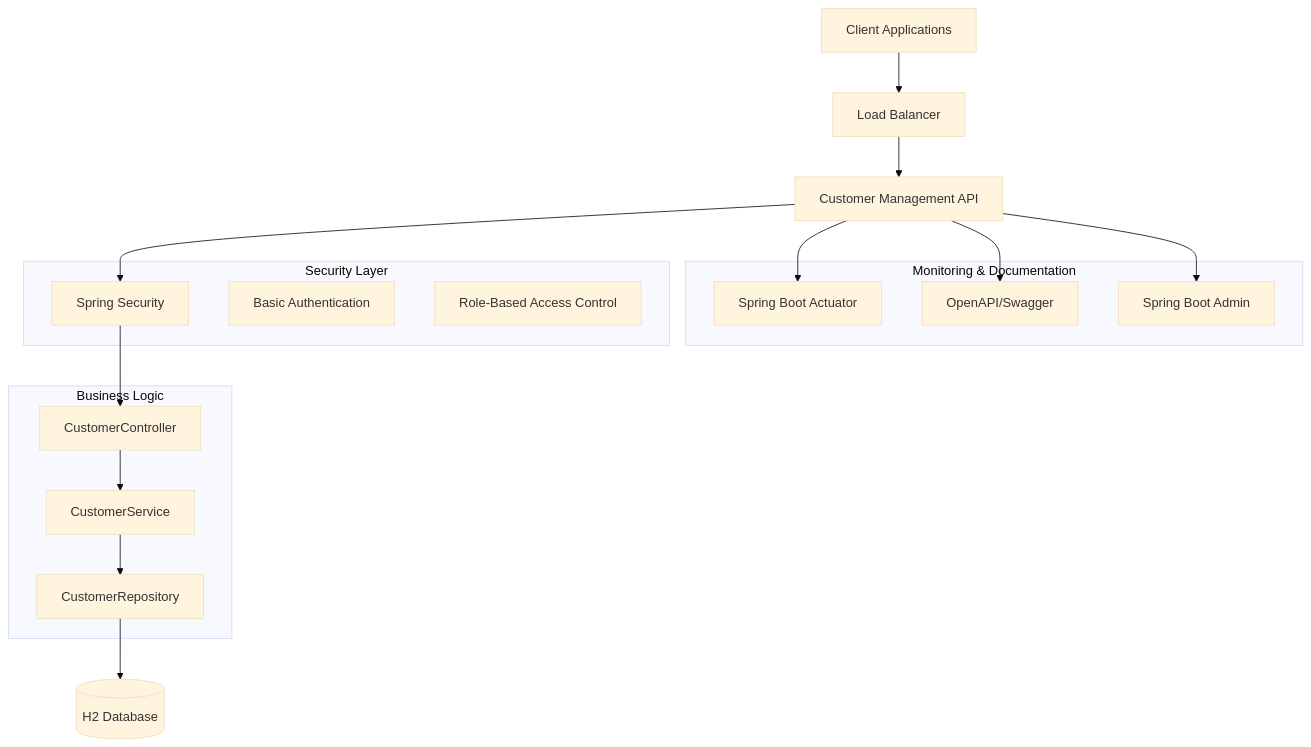
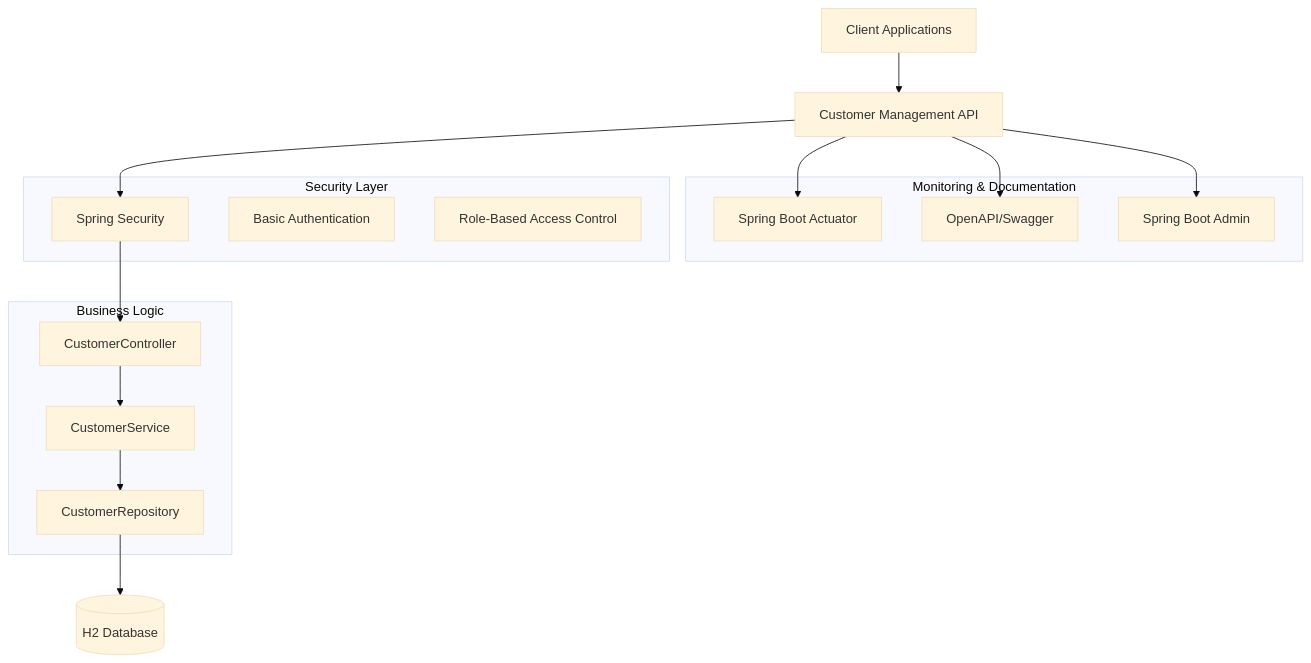
Before and after one commit to psticea/tekmetric-interview: the first of 6 diagrams in backend/documentation.md, drawn with Mermaid (base theme). The commit also changed other lines of this file, not shown here.

````diff
--- a/backend/documentation.md
+++ b/backend/documentation.md
@@ -24,32 +33,31 @@
 ```mermaid
 graph TB
-    Client[Client Applications] --> LB[Load Balancer]
-    LB --> API[Customer Management API]
+    Client[Client Applications] --> API[Customer Management API]
     API --> Security[Spring Security]
     Security --> Controller[CustomerController]
     Controller --> Service[CustomerService]
     Service --> Repository[CustomerRepository]
     Repository --> DB[(H2 Database)]
     
     API --> Actuator[Spring Boot Actuator]
     API --> Swagger[OpenAPI/Swagger]
     API --> Admin[Spring Boot Admin]
     
     subgraph "Monitoring & Documentation"
         Actuator
         Swagger
         Admin
     end
     
     subgraph "Security Layer"
         Security
         Auth[Basic Authentication]
         RBAC[Role-Based Access Control]
     end
     
     subgraph "Business Logic"
         Controller
         Service
         Repository
     end
 ```
````
